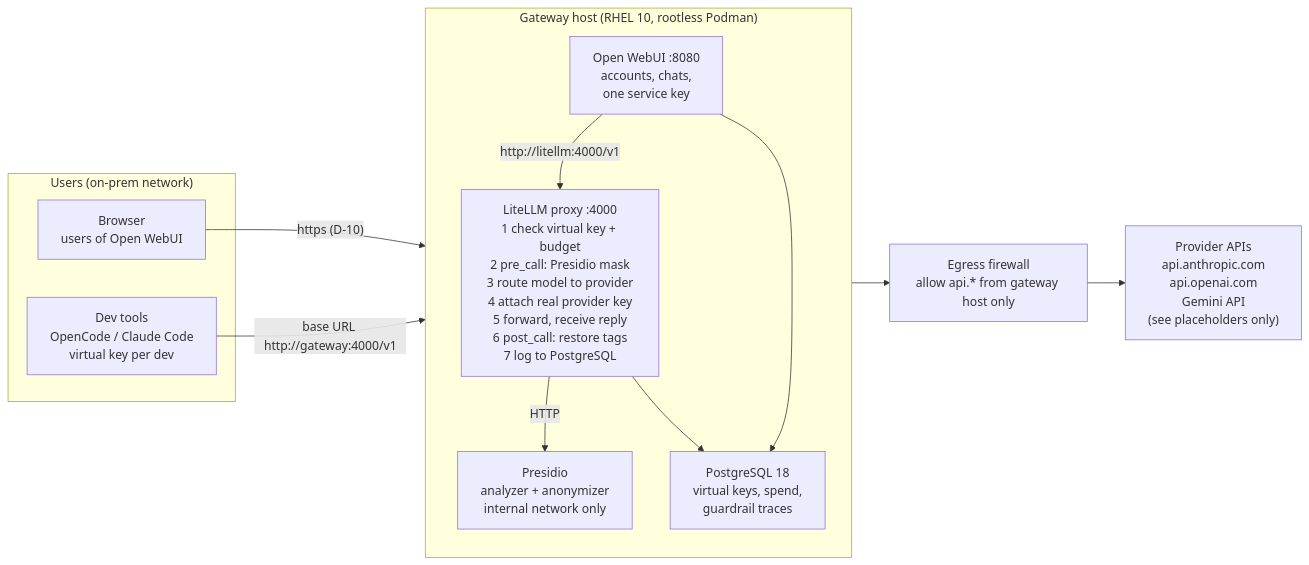
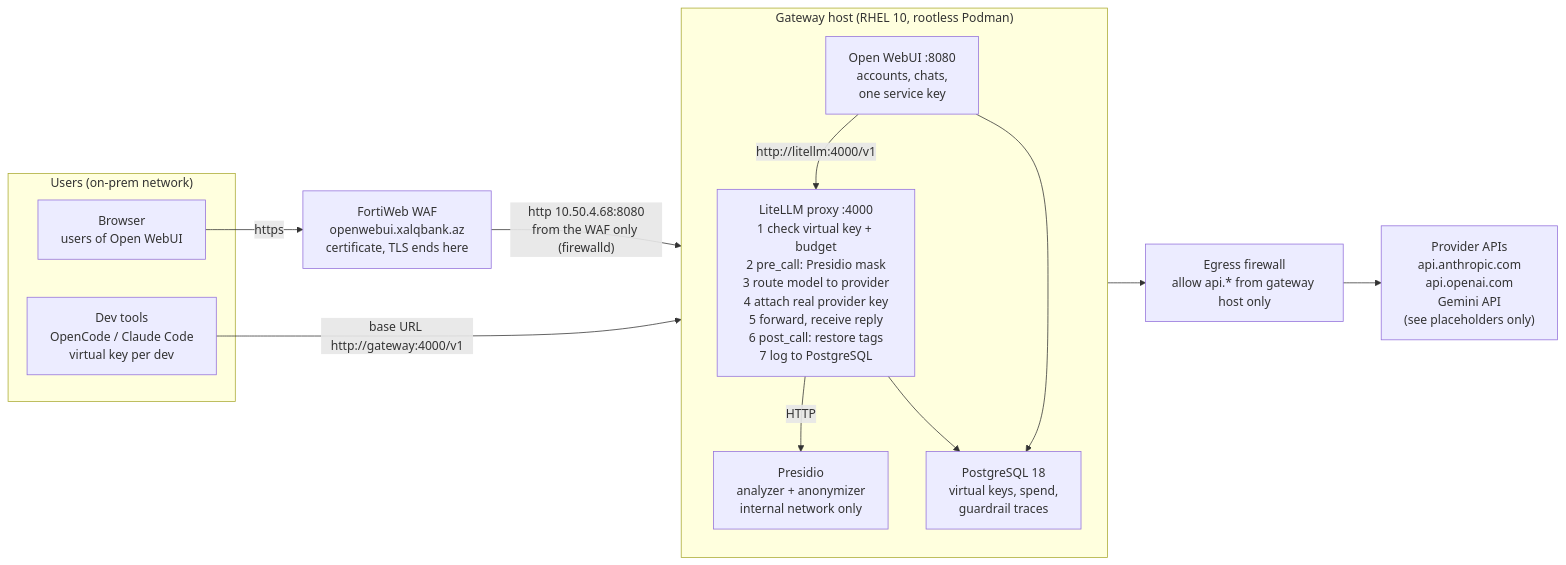
One commit to nafud/litellm changed the diagram in README.md. Above: the diagram before and after it, drawn with Mermaid. The commit also changed other lines of this file and 6 other files, not shown here.

First line of the commit message:
Phase 9: openwebui.xalqbank.az through the FortiWeb WAF (D-33, docs/08)

````diff
--- a/README.md
+++ b/README.md
@@ -14,23 +14,25 @@
 ```mermaid
 flowchart LR
   subgraph clients["Users (on-prem network)"]
     ui["Browser<br/>users of Open WebUI"]
     dev["Dev tools<br/>OpenCode / Claude Code<br/>virtual key per dev"]
   end
   subgraph host["Gateway host (RHEL 10, rootless Podman)"]
     direction TB
     owui["Open WebUI :8080<br/>accounts, chats,<br/>one service key"]
     litellm["LiteLLM proxy :4000<br/>1 check virtual key + budget<br/>2 pre_call: Presidio mask<br/>3 route model to provider<br/>4 attach real provider key<br/>5 forward, receive reply<br/>6 post_call: restore tags<br/>7 log to PostgreSQL"]
     presidio["Presidio<br/>analyzer + anonymizer<br/>internal network only"]
     pg["PostgreSQL 18<br/>virtual keys, spend,<br/>guardrail traces"]
     litellm -- HTTP --> presidio
     litellm --> pg
     owui --> pg
     owui -- "http://litellm:4000/v1" --> litellm
   end
+  waf["FortiWeb WAF<br/>openwebui.xalqbank.az<br/>certificate, TLS ends here"]
   fw["Egress firewall<br/>allow api.* from gateway host only"]
   prov["Provider APIs<br/>api.anthropic.com<br/>api.openai.com<br/>Gemini API<br/>(see placeholders only)"]
-  ui -- "https (D-10)" --> owui
+  ui -- "https" --> waf
+  waf -- "http 10.50.4.68:8080<br/>from the WAF only (firewalld)" --> owui
   dev -- "base URL http://gateway:4000/v1" --> litellm
   litellm --> fw --> prov
 ```
````
